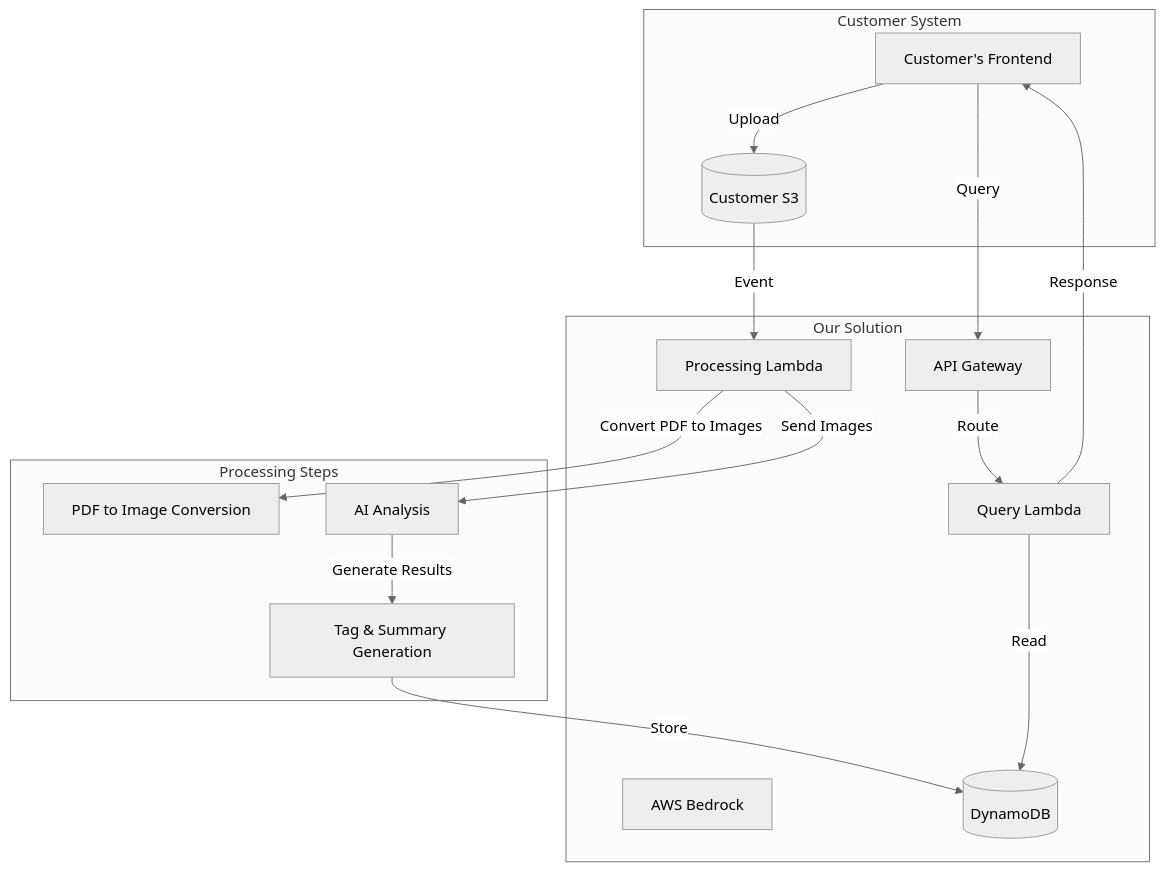
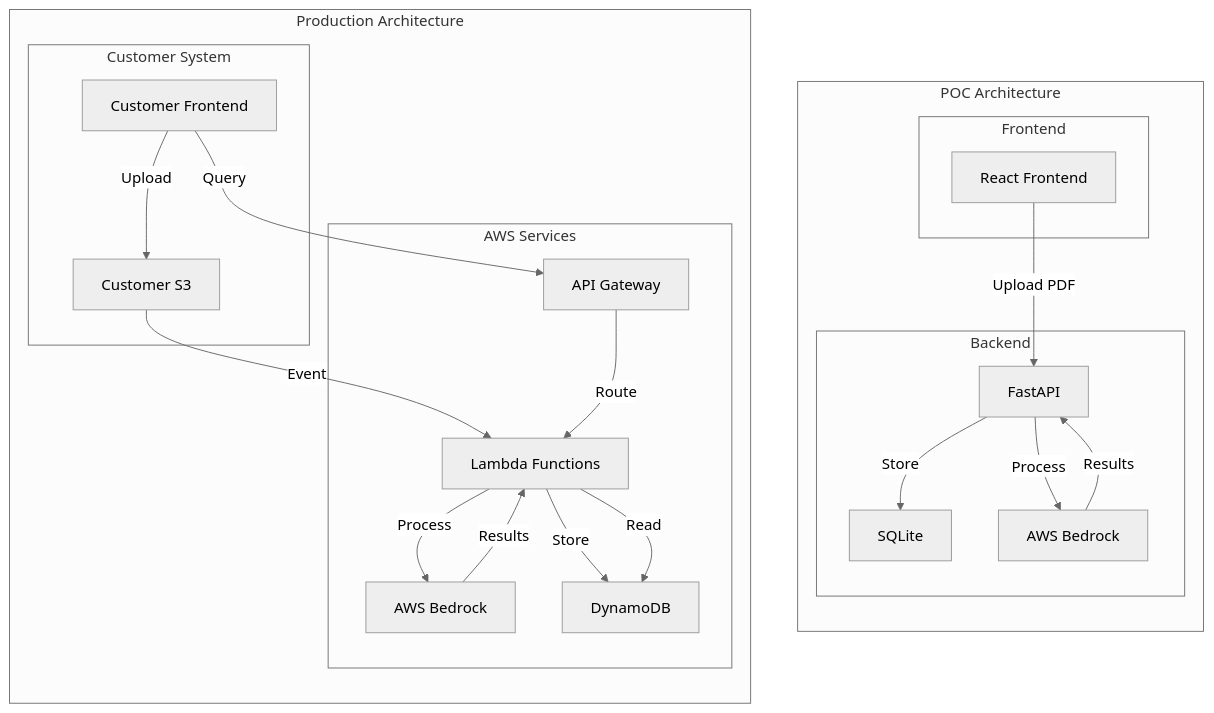
The first of 2 diagrams in PROPOSED_AWS_PRODUCTION_ARCHITECTURE.md (Baalakay/ai-pdf-document-tagging-summarization), drawn with Mermaid (neutral theme) before and after one commit. The commit also changed other lines of this file and 6 other files, not shown here.

````diff
--- a/PROPOSED_AWS_PRODUCTION_ARCHITECTURE.md
+++ b/PROPOSED_AWS_PRODUCTION_ARCHITECTURE.md
@@ -48,35 +36,39 @@
 ```mermaid
-graph TB
-    subgraph Customer System
-        CustomerUI[Customer's Frontend]
-        CustomerS3[(Customer S3)]
+flowchart TB
+    subgraph "POC Architecture"
+        direction TB
+        subgraph "Frontend"
+            POC_UI["React Frontend"]
+        end
+        subgraph "Backend"
+            POC_API["FastAPI"]
+            POC_DB["SQLite"]
+            POC_Bedrock["AWS Bedrock"]
+        end
+        POC_UI -->|Upload PDF| POC_API
+        POC_API -->|Store| POC_DB
+        POC_API -->|Process| POC_Bedrock
+        POC_Bedrock -->|Results| POC_API
     end
-
-    subgraph Our Solution
-        APIGateway[API Gateway]
-        ProcessLambda[Processing Lambda]
-        QueryLambda[Query Lambda]
-        Bedrock[AWS Bedrock]
-        DynamoDB[(DynamoDB)]
+    subgraph "Production Architecture"
+        direction TB
+        subgraph "Customer System"
+            Prod_UI["Customer Frontend"]
+            Prod_S3["Customer S3"]
+        end
+        subgraph "AWS Services"
+            Prod_API["API Gateway"]
+            Prod_Lambda["Lambda Functions"]
+            Prod_Dynamo["DynamoDB"]
+            Prod_Bedrock["AWS Bedrock"]
+        end
+        Prod_UI -->|Upload| Prod_S3
+        Prod_S3 -->|Event| Prod_Lambda
+        Prod_Lambda -->|Process| Prod_Bedrock
+        Prod_Bedrock -->|Results| Prod_Lambda
+        Prod_Lambda -->|Store| Prod_Dynamo
+        Prod_UI -->|Query| Prod_API
+        Prod_API -->|Route| Prod_Lambda
+        Prod_Lambda -->|Read| Prod_Dynamo
     end
-
-    subgraph Processing Steps
-        Image[PDF to Image Conversion]
-        AI[AI Analysis]
-        Results[Tag & Summary Generation]
-    end
-
-    %% Document Flow
-    CustomerUI -->|Upload| CustomerS3
-    CustomerS3 -->|Event| ProcessLambda
-    ProcessLambda -->|Convert PDF to Images| Image
-    ProcessLambda -->|Send Images| AI
-    AI -->|Generate Results| Results
-    Results -->|Store| DynamoDB
-
-    %% API Integration
-    CustomerUI -->|Query| APIGateway
-    APIGateway -->|Route| QueryLambda
-    QueryLambda -->|Read| DynamoDB
-    QueryLambda -->|Response| CustomerUI
 ```
````
